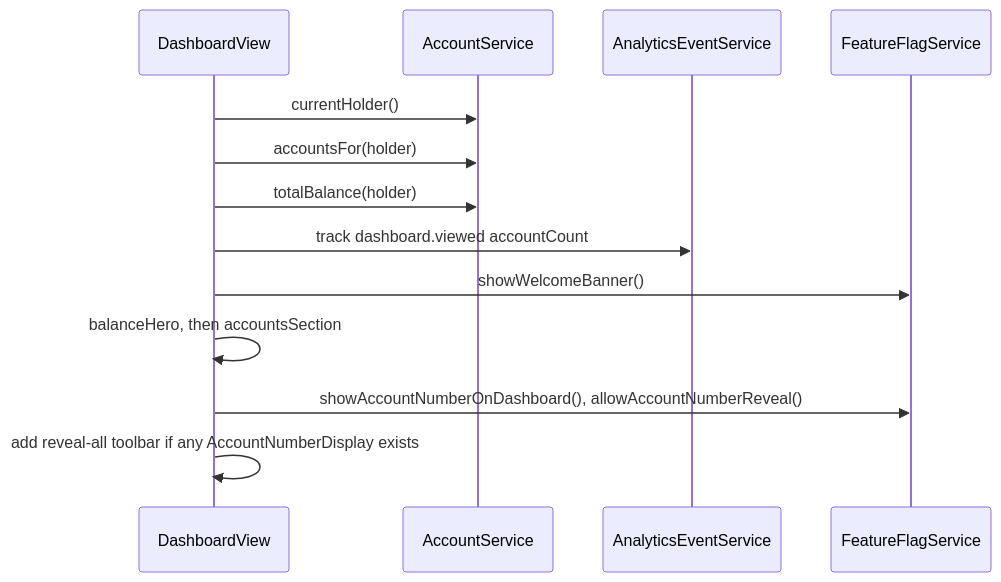
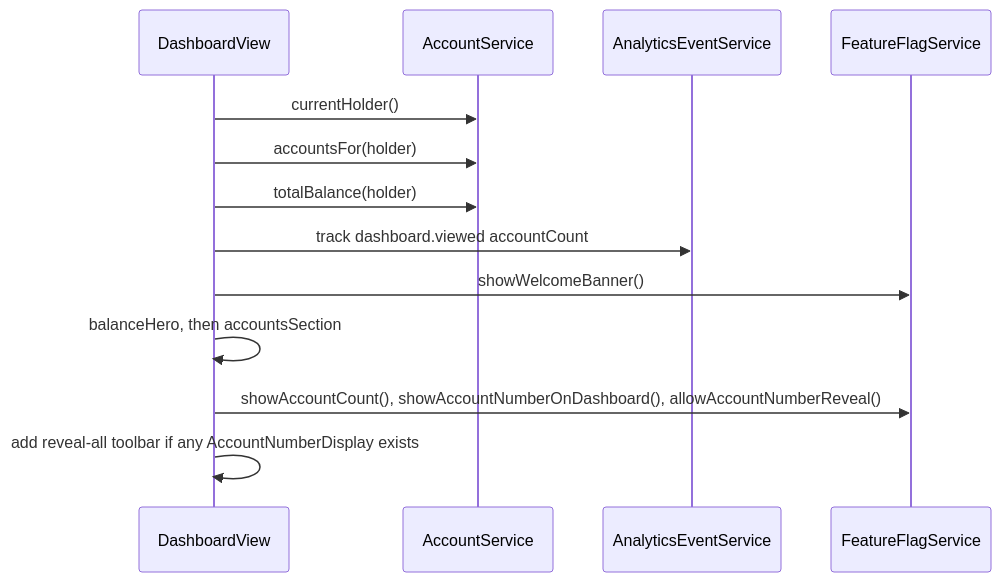
Before and after one commit to factory-aj-pahl/mockingbird-bank: the diagram in droid-wiki/features/dashboard.md, drawn with Mermaid. The commit also changed other lines of this file and 19 other files, not shown here.

First line of the commit message:
Show account count on the dashboard behind showAccountCount (SED-791) (#16)

````diff
--- a/droid-wiki/features/dashboard.md
+++ b/droid-wiki/features/dashboard.md
@@ -28,15 +28,15 @@
 ```mermaid
 sequenceDiagram
     participant V as DashboardView
     participant A as AccountService
     participant E as AnalyticsEventService
     participant F as FeatureFlagService
     V->>A: currentHolder()
     V->>A: accountsFor(holder)
     V->>A: totalBalance(holder)
     V->>E: track dashboard.viewed accountCount
     V->>F: showWelcomeBanner()
     V->>V: balanceHero, then accountsSection
-    V->>F: showAccountNumberOnDashboard(), allowAccountNumberReveal()
+    V->>F: showAccountCount(), showAccountNumberOnDashboard(), allowAccountNumberReveal()
     V->>V: add reveal-all toolbar if any AccountNumberDisplay exists
 ```
````
